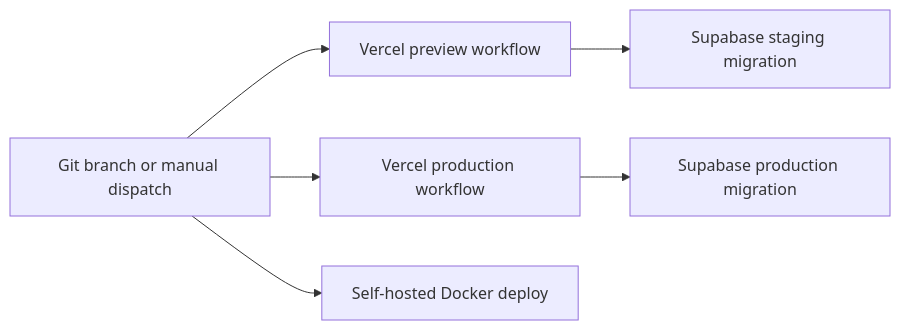
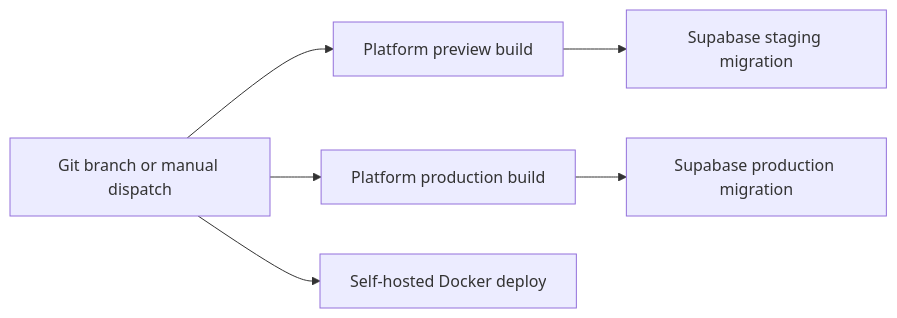
Before and after one commit to mad-code333/tuturu: the diagram in apps/docs/build/devops/overview.mdx, drawn with Mermaid. The commit also changed other lines of this file and 13 other files, not shown here.

Commit message:
ci(platform): cross-credit build validation markers

````diff
--- a/apps/docs/build/devops/overview.mdx
+++ b/apps/docs/build/devops/overview.mdx
@@ -44,15 +45,15 @@
 ```mermaid
 flowchart LR
     Branch["Git branch or manual dispatch"]
-    Preview["Vercel preview workflow"]
+    Preview["Platform preview build"]
     Staging["Supabase staging migration"]
-    Production["Vercel production workflow"]
+    Production["Platform production build"]
     ProdDb["Supabase production migration"]
     Docker["Self-hosted Docker deploy"]
 
     Branch --> Preview
     Preview --> Staging
     Branch --> Production
     Production --> ProdDb
     Branch --> Docker
 ```
````
